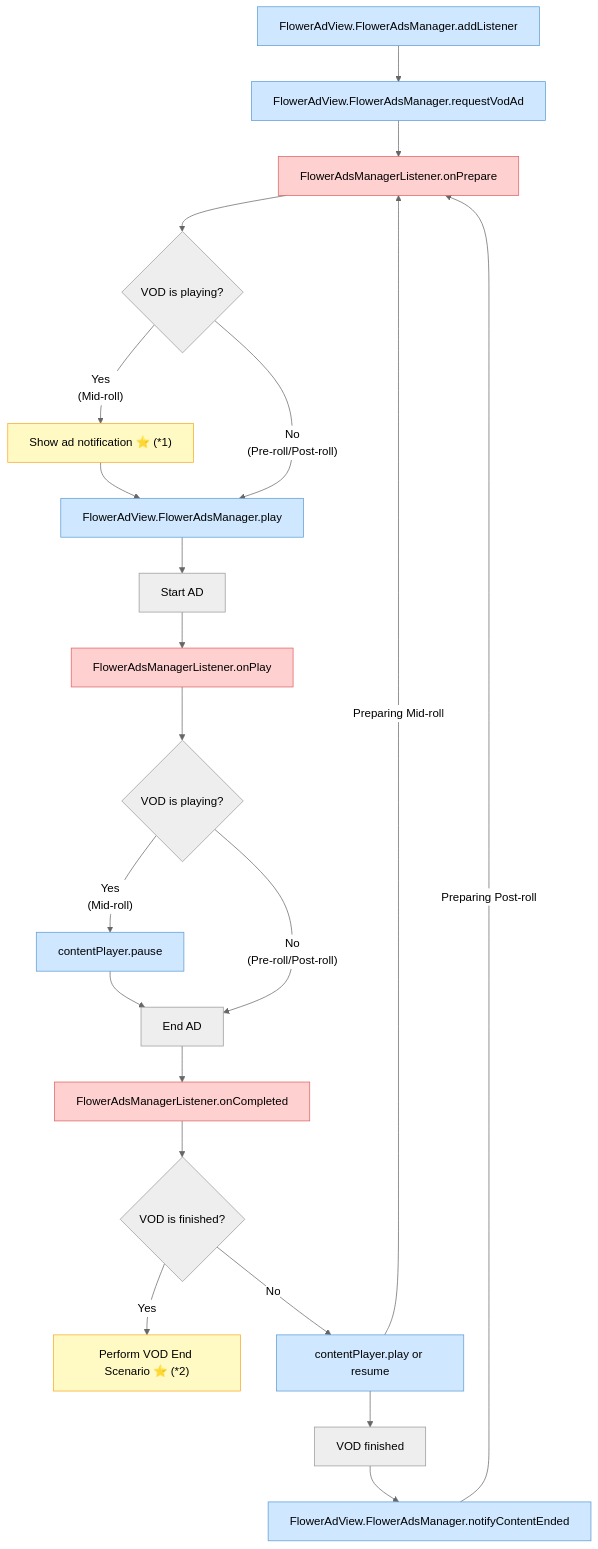
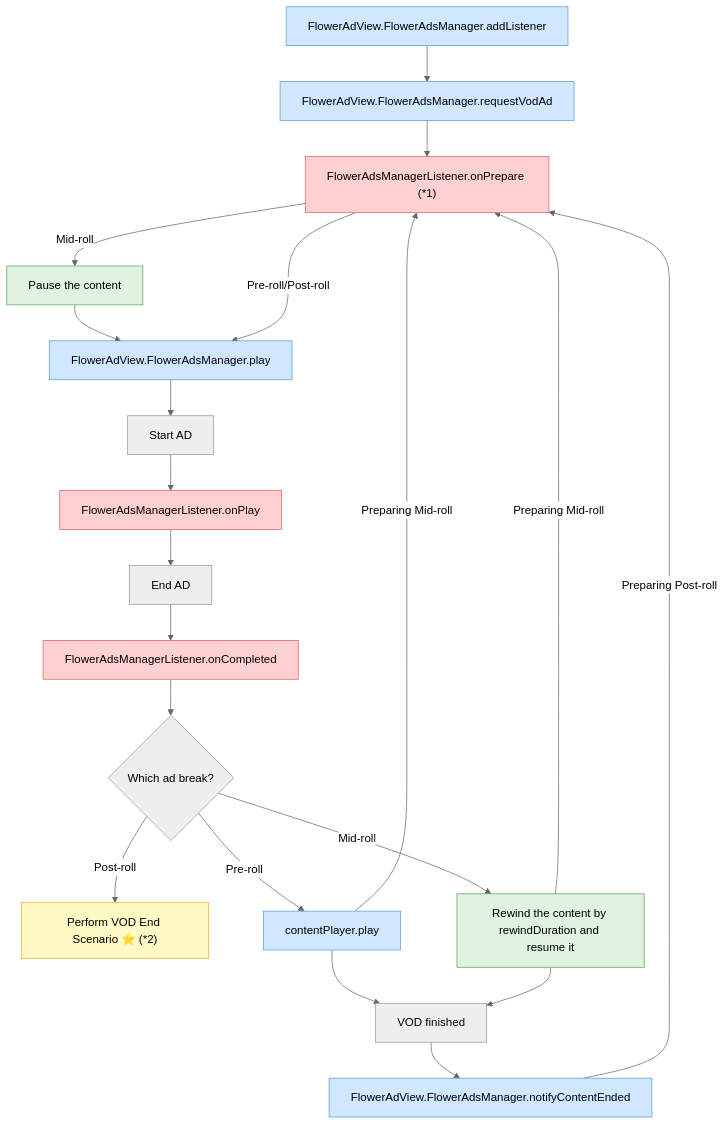
The diagram in docs/sdk-architecture/vod-ads.md (anypointmedia/flower-integration-guide), drawn with Mermaid (neutral theme) before and after one commit. The commit also changed other lines of this file and 230 other files, not shown here.

````diff
--- a/docs/sdk-architecture/vod-ads.md
+++ b/docs/sdk-architecture/vod-ads.md
@@ -32,39 +32,37 @@
 ```mermaid
 flowchart TD
   A["FlowerAdView.FlowerAdsManager.addListener"]:::appCall
   B["FlowerAdView.FlowerAdsManager.requestVodAd"]:::appCall
-  C["FlowerAdsManagerListener.onPrepare"]:::sdkEvent
-  D{"VOD is playing?"}
-  N1["Show ad notification ⭐ (*1)"]:::info
+  C["FlowerAdsManagerListener.onPrepare (*1)"]:::sdkEvent
+  S["Pause the content"]:::sdkAction
   E["FlowerAdView.FlowerAdsManager.play"]:::appCall
   F["Start AD"]
   G["FlowerAdsManagerListener.onPlay"]:::sdkEvent
-  H{"VOD is playing?"}
-  P["contentPlayer.pause"]:::appCall
   I["End AD"]
   J["FlowerAdsManagerListener.onCompleted"]:::sdkEvent
-  K{"VOD is finished?"}
+  K{"Which ad break?"}
   N2["Perform VOD End Scenario ⭐ (*2)"]:::info
-  L["contentPlayer.play or resume"]:::appCall
+  L["contentPlayer.play"]:::appCall
+  R["Rewind the content by rewindDuration and resume it"]:::sdkAction
   M["VOD finished"]
   Z["FlowerAdView.FlowerAdsManager.notifyContentEnded"]:::appCall
 
   A --> B --> C
-  C --> D
-  D -- "Yes\n(Mid-roll)" --> N1 --> E
-  D -- "No\n(Pre-roll/Post-roll)" --> E
-  E --> F --> G
-  G --> H
-  H -- "Yes\n(Mid-roll)" --> P --> I
-  H -- "No\n(Pre-roll/Post-roll)" --> I
-  I --> J --> K
-  K -- "Yes" --> N2
-  K -- "No" --> L
-  L --> M --> Z
+  C -- "Mid-roll" --> S --> E
+  C -- "Pre-roll/Post-roll" --> E
+  E --> F --> G --> I --> J --> K
+  K -- "Post-roll" --> N2
+  K -- "Pre-roll" --> L
+  K -- "Mid-roll" --> R
+  L --> M
+  R --> M
+  M --> Z
   L -- Preparing Mid-roll --> C
+  R -- Preparing Mid-roll --> C
   Z -- Preparing Post-roll --> C
 
   classDef appCall fill:#d0e8ff,stroke:#5b9bd5,color:#000
   classDef sdkEvent fill:#ffd0d0,stroke:#e06060,color:#000
+  classDef sdkAction fill:#e0f2e0,stroke:#5ba55b,color:#000
   classDef info fill:#fff9c4,stroke:#f9a825,color:#000
 ```
````
